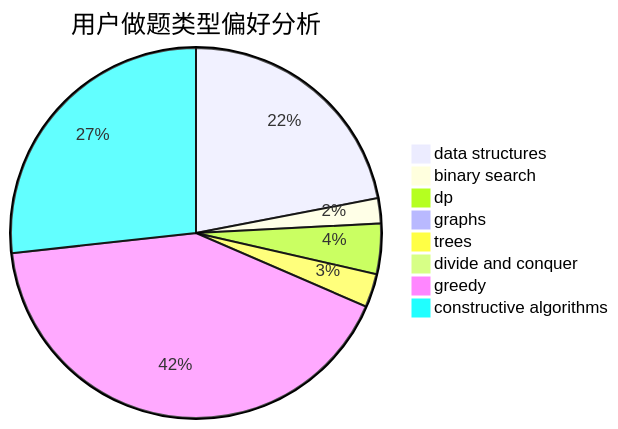
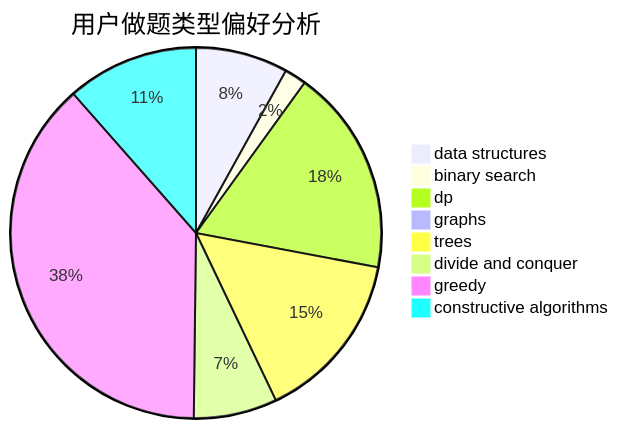
Before and after one commit to sherpahu/cfrs.github.io: the second of 3 diagrams in docs/user/u1562.md, drawn with Mermaid. The commit also changed other lines of this file and 2770 other files, not shown here.

````diff
--- a/docs/user/u1562.md
+++ b/docs/user/u1562.md
@@ -23,11 +23,11 @@
 ```mermaid
 pie title 用户做题类型偏好分析
-    "data structures" :  60
-    "binary search" :  6
-    "dp" :  12
-    "graphs" :  1
-    "trees" :  8
-    "divide and conquer" :  0
-    "greedy" :  114
-    "constructive algorithms" :  73
+    "data structures" :  21
+    "binary search" :  5
+    "dp" :  47
+    "graphs" :  2
+    "trees" :  39
+    "divide and conquer" :  19
+    "greedy" :  100
+    "constructive algorithms" :  30
 ```
````
